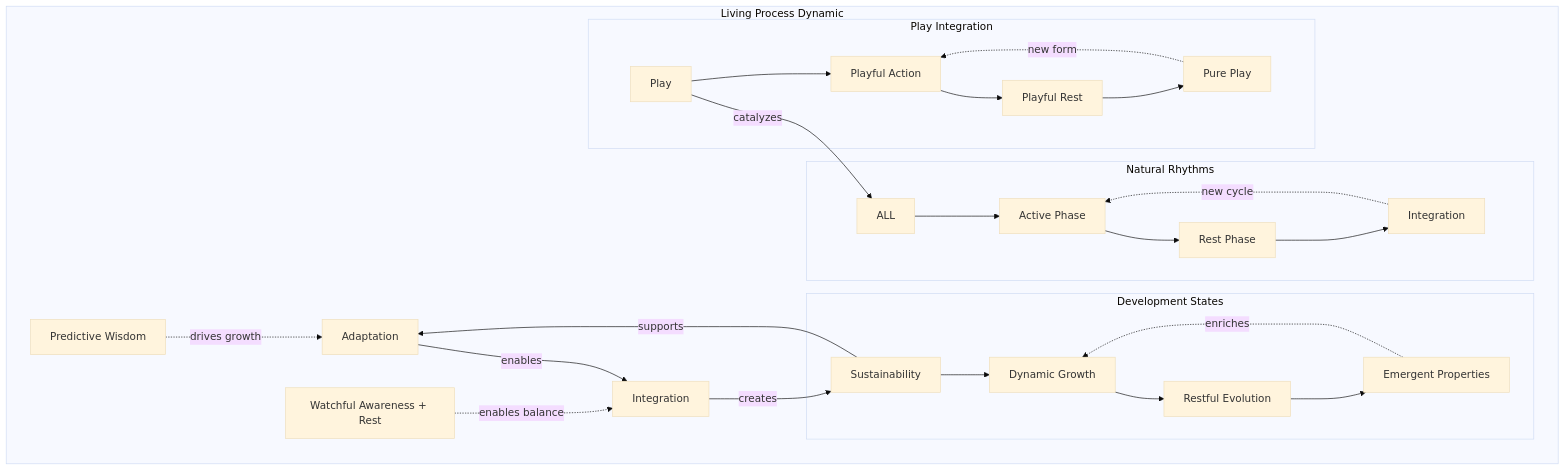
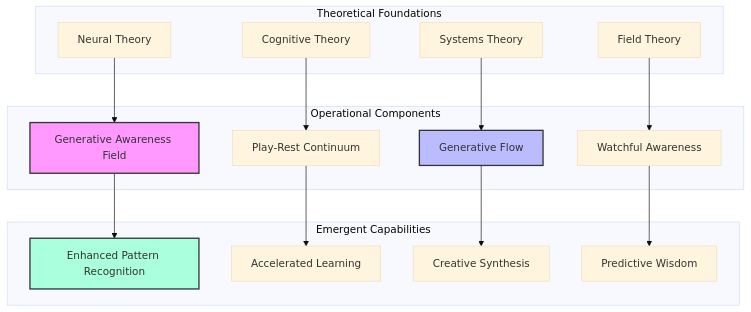
Before and after one commit to phillipclapham/neuroweaver: diagram 19 of 52 in README.md, drawn with Mermaid (base theme). The commit also changed other lines of this file and 4 other files, not shown here.

Commit message:
v0.2.0-flow

````diff
--- a/README.md
+++ b/README.md
@@ -1243,33 +3875,37 @@
 ```mermaid
 graph TD
-    subgraph "Living Process Dynamic"
-        A[Adaptation] -->|enables| I[Integration]
-        I -->|creates| S[Sustainability]
-        S -->|supports| A
+    subgraph "Theoretical Foundations"
+        NT[Neural Theory]
+        CT[Cognitive Theory]
+        ST[Systems Theory]
+        FT[Field Theory]
+    end
 
-        PW[Predictive Wisdom] -.->|drives growth| A
-        WA_R[Watchful Awareness + Rest] -.->|enables balance| I
-        Play[Play] -->|catalyzes| ALL
+    subgraph "Operational Components"
+        GAF[Generative Awareness Field]
+        PR[Play-Rest Continuum]
+        GF[Generative Flow]
+        WA[Watchful Awareness]
+    end
 
-        subgraph "Natural Rhythms"
-            ALL --> AP[Active Phase]
-            AP --> RP[Rest Phase]
-            RP --> IP[Integration]
-            IP -.->|new cycle| AP
-        end
+    subgraph "Emergent Capabilities"
+        EC1[Enhanced Pattern Recognition]
+        EC2[Accelerated Learning]
+        EC3[Creative Synthesis]
+        EC4[Predictive Wisdom]
+    end
 
-        subgraph "Development States"
-            S --> D[Dynamic Growth]
-            D --> R[Restful Evolution]
-            R --> E[Emergent Properties]
-            E -.->|enriches| D
-        end
+    NT --> GAF
+    CT --> PR
+    ST --> GF
+    FT --> WA
 
-        subgraph "Play Integration"
-            Play --> PA[Playful Action]
-            PA --> PR[Playful Rest]
-            PR --> PP[Pure Play]
-            PP -.->|new form| PA
-        end
-    end
+    GAF --> EC1
+    PR --> EC2
+    GF --> EC3
+    WA --> EC4
+
+    style GAF fill:#f9f,stroke:#333,stroke-width:2px
+    style GF fill:#bbf,stroke:#333,stroke-width:2px
+    style EC1 fill:#afd,stroke:#333,stroke-width:2px
 ```
````
